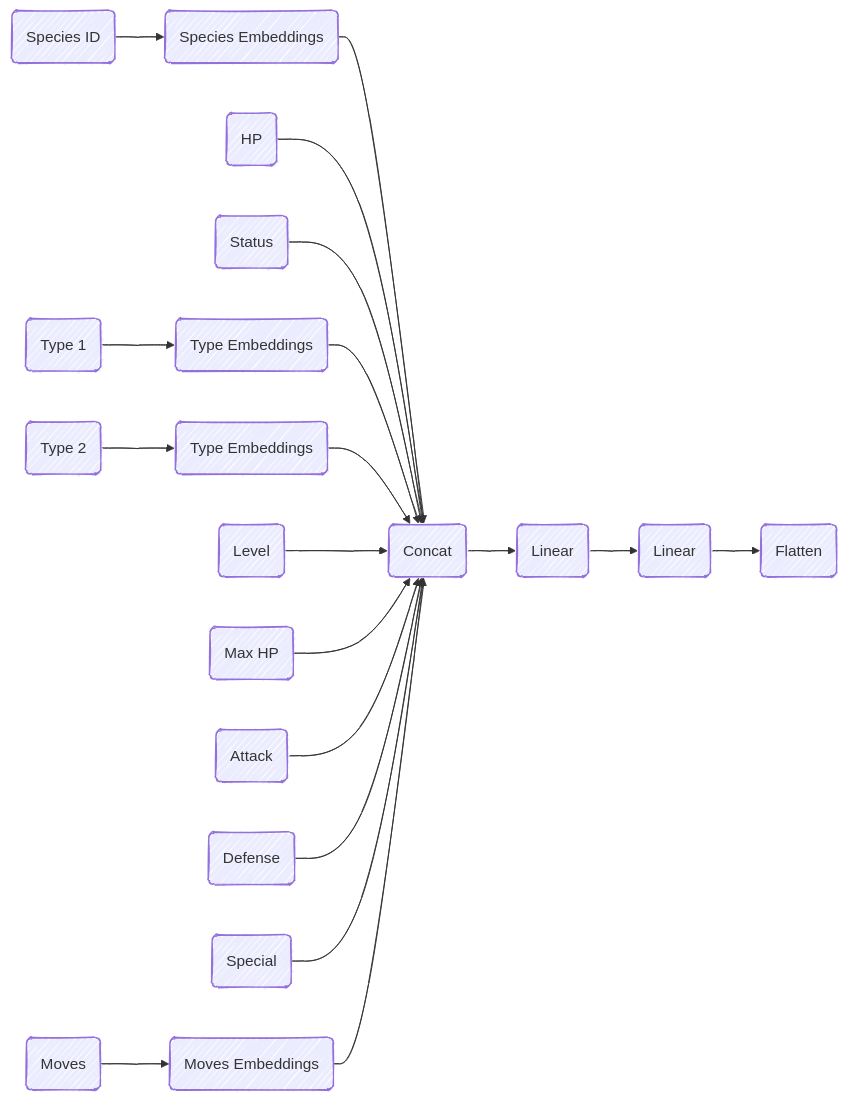
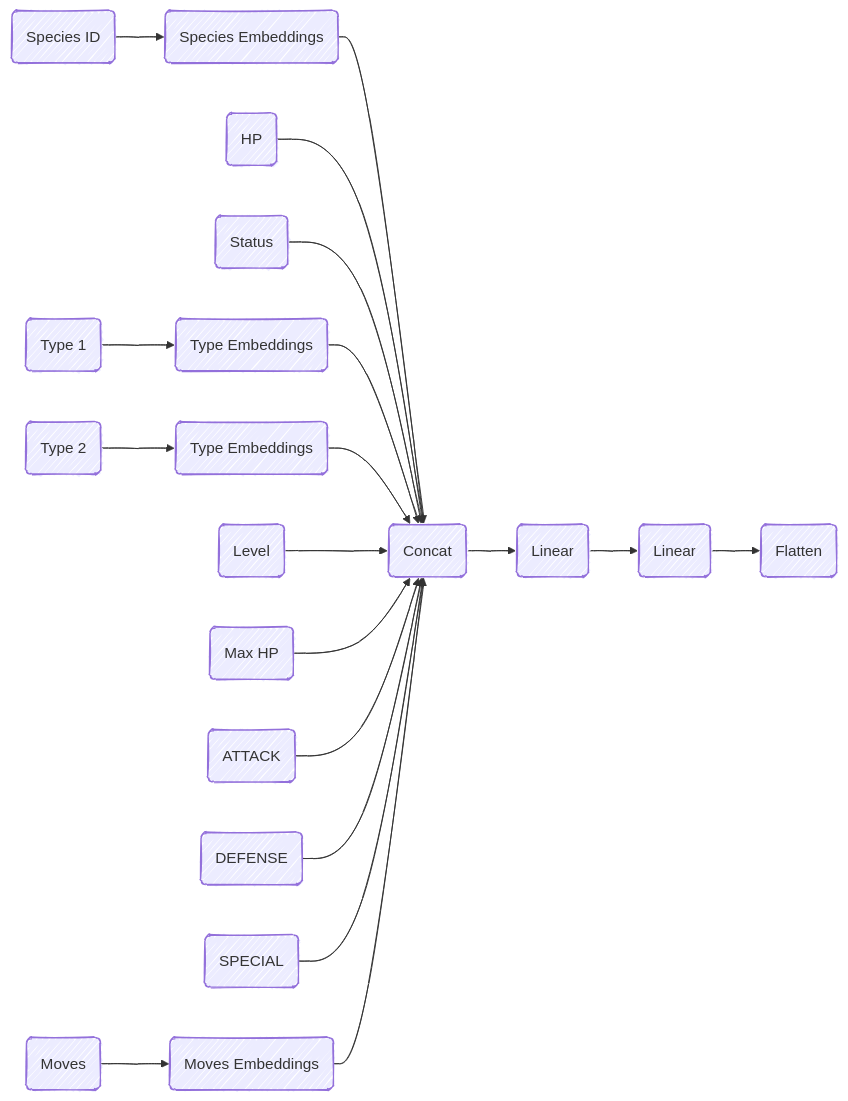
One commit to drubinstein/pokerl changed the second of 4 diagrams in content/docs/chapter-2/policy.md. Above: the diagram before and after it, drawn with Mermaid. The commit also changed 16 other files, not shown here.

```diff
--- a/content/docs/chapter-2/policy.md
+++ b/content/docs/chapter-2/policy.md
@@ -86,45 +86,45 @@
 {{< mermaid >}}
 ---
 config:
   theme: mc
   look: handDrawn
 ---
 flowchart LR
         Concat("Concat")
         SIDE("Species Embeddings")
         SID("Species ID")
         Hp("HP")
         Status("Status")
         t1e("Type Embeddings")
         t1("Type 1")
         t2e("Type Embeddings")
         t2("Type 2")
         level("Level")
         MaxHp("Max HP")
-        Attack("Attack")
-        Defense("Defense")
-        Special("Special")
+        `ATTACK`("`ATTACK`")
+        `DEFENSE`("`DEFENSE`")
+        `SPECIAL`("`SPECIAL`")
         MovesE("Moves Embeddings")
         Moves("Moves")
         Flatten1("Flatten")
         Linear2("Linear")
         Linear1("Linear")
     SID --> SIDE
     SIDE --> Concat
     Hp --> Concat
     Status --> Concat
     t1 --> t1e
     t1e --> Concat
     t2 --> t2e
     t2e --> Concat
     level --> Concat
     MaxHp --> Concat
-    Attack --> Concat
-    Defense --> Concat
-    Special --> Concat
+    `ATTACK` --> Concat
+    `DEFENSE` --> Concat
+    `SPECIAL` --> Concat
     Moves --> MovesE
     MovesE --> Concat
     Concat --> Linear1
     Linear1 --> Linear2
     Linear2 --> Flatten1
 {{< /mermaid >}}
```
